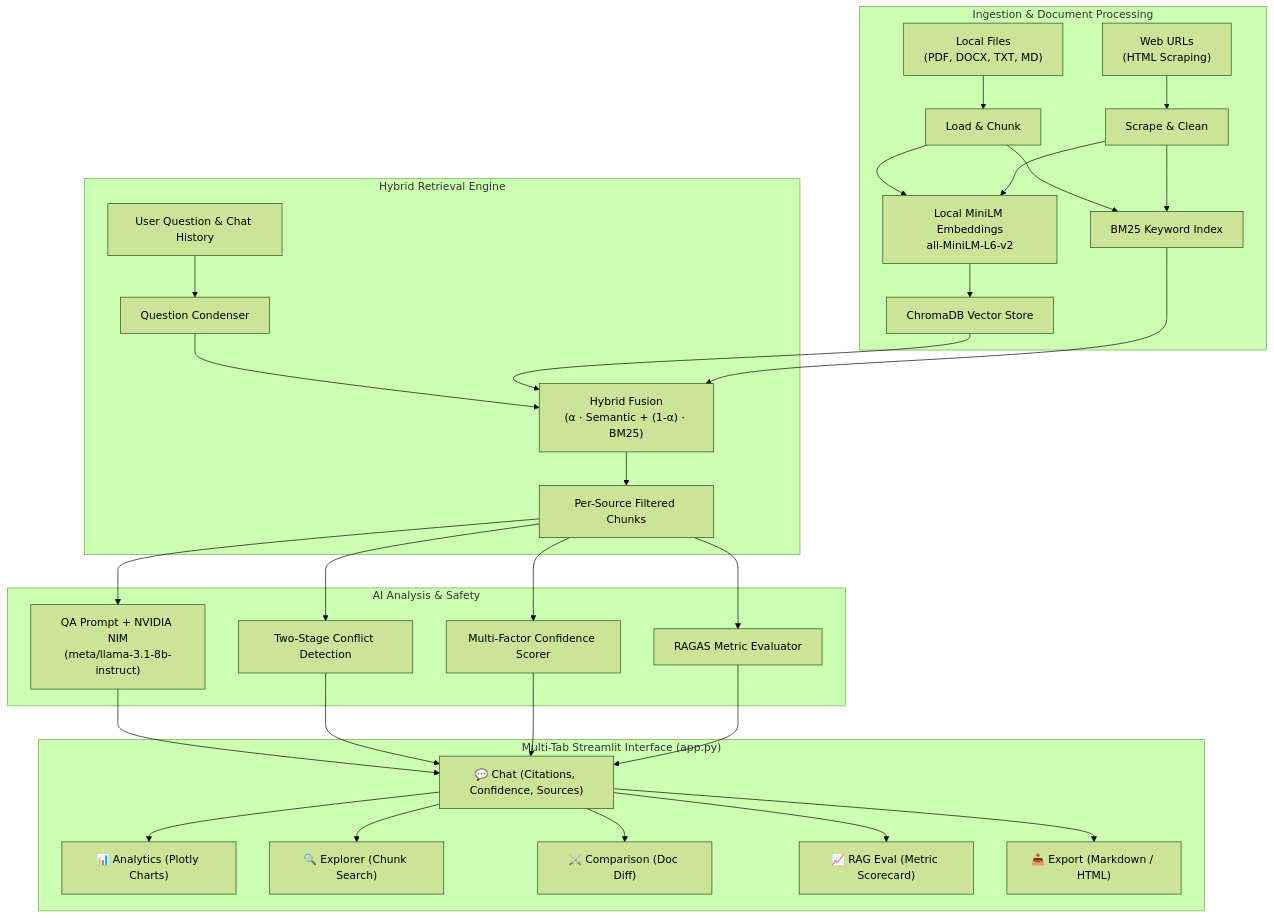
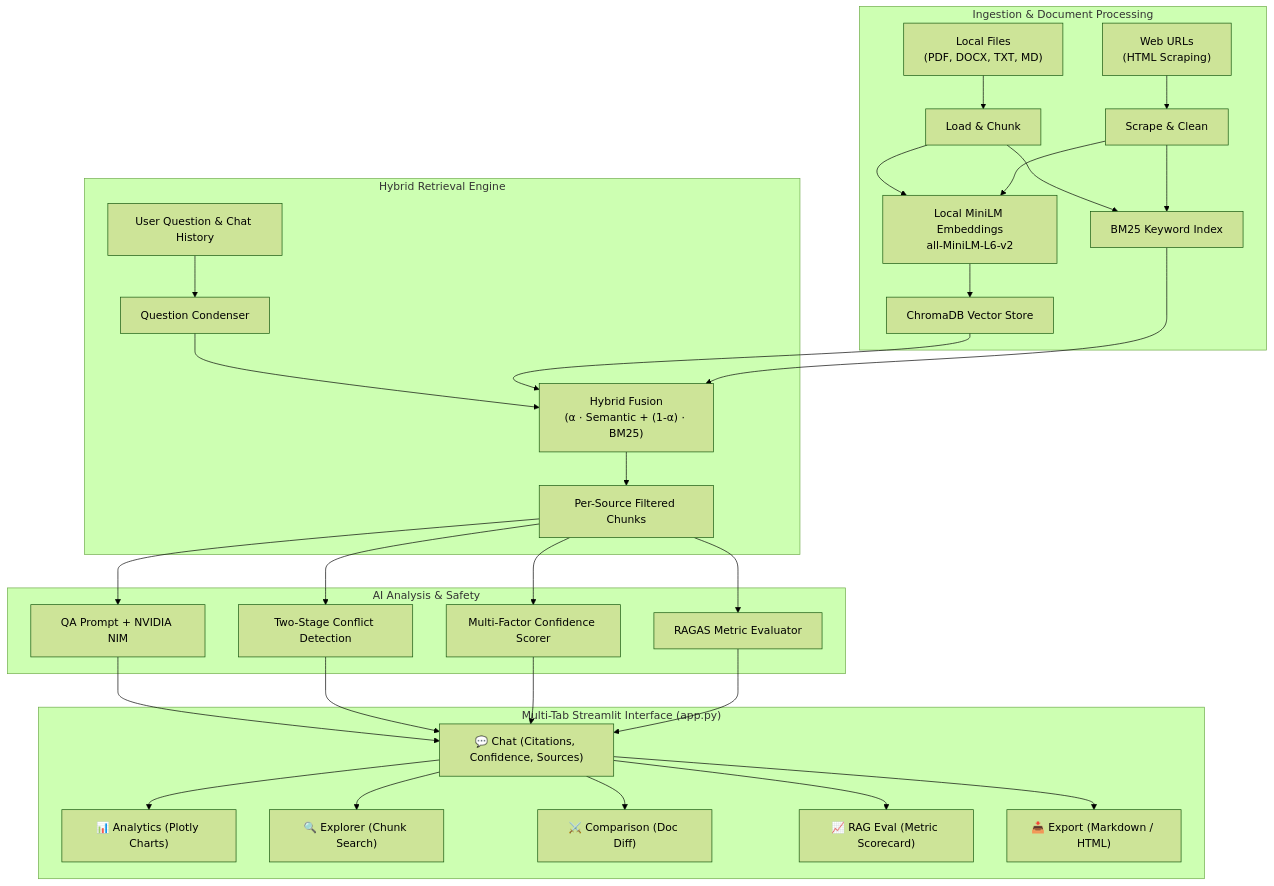
The diagram in README.md (Auric-Coder/MultiDocChat), drawn with Mermaid (forest theme) before and after one commit. The commit also changed other lines of this file and 11 other files, not shown here.

````diff
--- a/README.md
+++ b/README.md
@@ -32,34 +32,34 @@
 ```mermaid
 flowchart TD
     subgraph Ingestion ["Ingestion & Document Processing"]
         F["Local Files\n(PDF, DOCX, TXT, MD)"] --> L["Load & Chunk"]
         U["Web URLs\n(HTML Scraping)"] --> S["Scrape & Clean"]
         L & S --> K["BM25 Keyword Index"]
         L & S --> E["Local MiniLM Embeddings\nall-MiniLM-L6-v2"]
         E --> V["ChromaDB Vector Store"]
     end
 
     subgraph Retrieval ["Hybrid Retrieval Engine"]
         Q["User Question & Chat History"] --> C["Question Condenser"]
         C --> H["Hybrid Fusion\n(α · Semantic + (1-α) · BM25)"]
         V --> H
         K --> H
         H --> R["Per-Source Filtered Chunks"]
     end
 
     subgraph Intelligence ["AI Analysis & Safety"]
-        R --> QA["QA Prompt + NVIDIA NIM\n(meta/llama-3.1-8b-instruct)"]
+        R --> QA["QA Prompt + NVIDIA NIM"]
         R --> CD["Two-Stage Conflict Detection"]
         R --> CS["Multi-Factor Confidence Scorer"]
         R --> EV["RAGAS Metric Evaluator"]
     end
 
     subgraph UI ["Multi-Tab Streamlit Interface (app.py)"]
         QA & CD & CS & EV --> TAB1["💬 Chat (Citations, Confidence, Sources)"]
         TAB1 --> TAB2["📊 Analytics (Plotly Charts)"]
         TAB1 --> TAB3["🔍 Explorer (Chunk Search)"]
         TAB1 --> TAB4["⚔️ Comparison (Doc Diff)"]
         TAB1 --> TAB5["📈 RAG Eval (Metric Scorecard)"]
         TAB1 --> TAB6["📥 Export (Markdown / HTML)"]
     end
 ```
````
